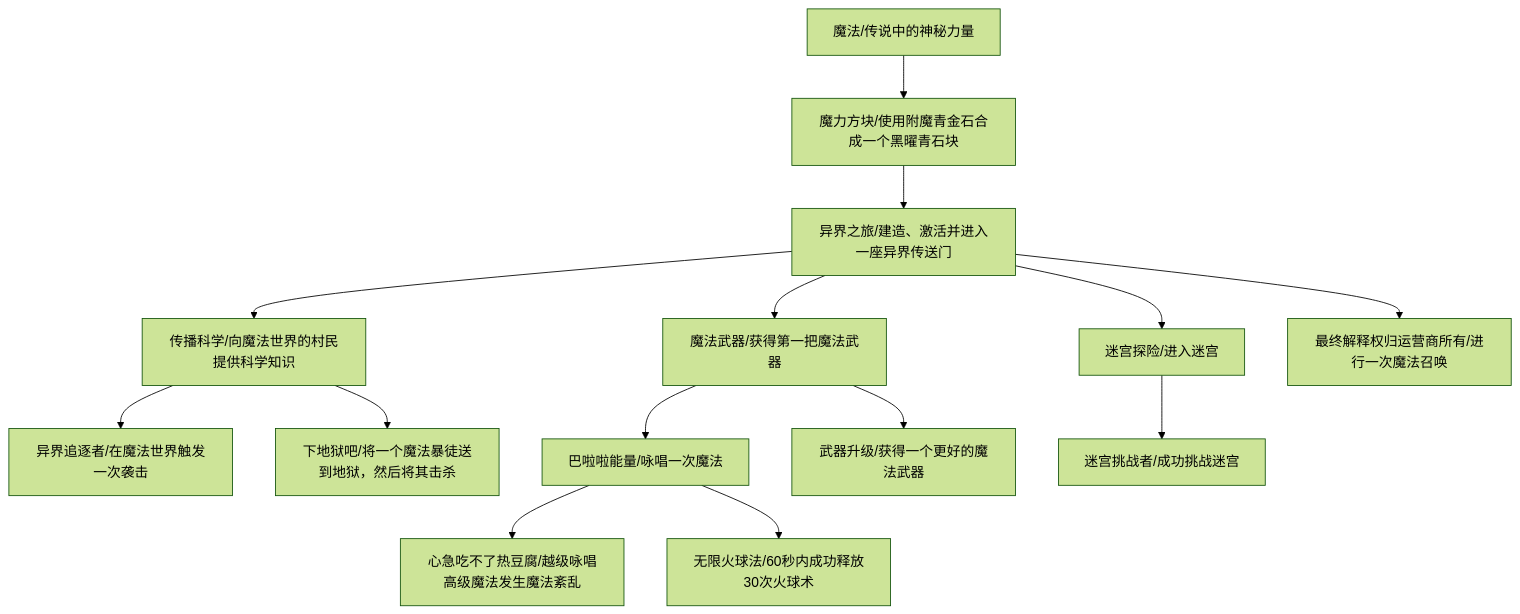
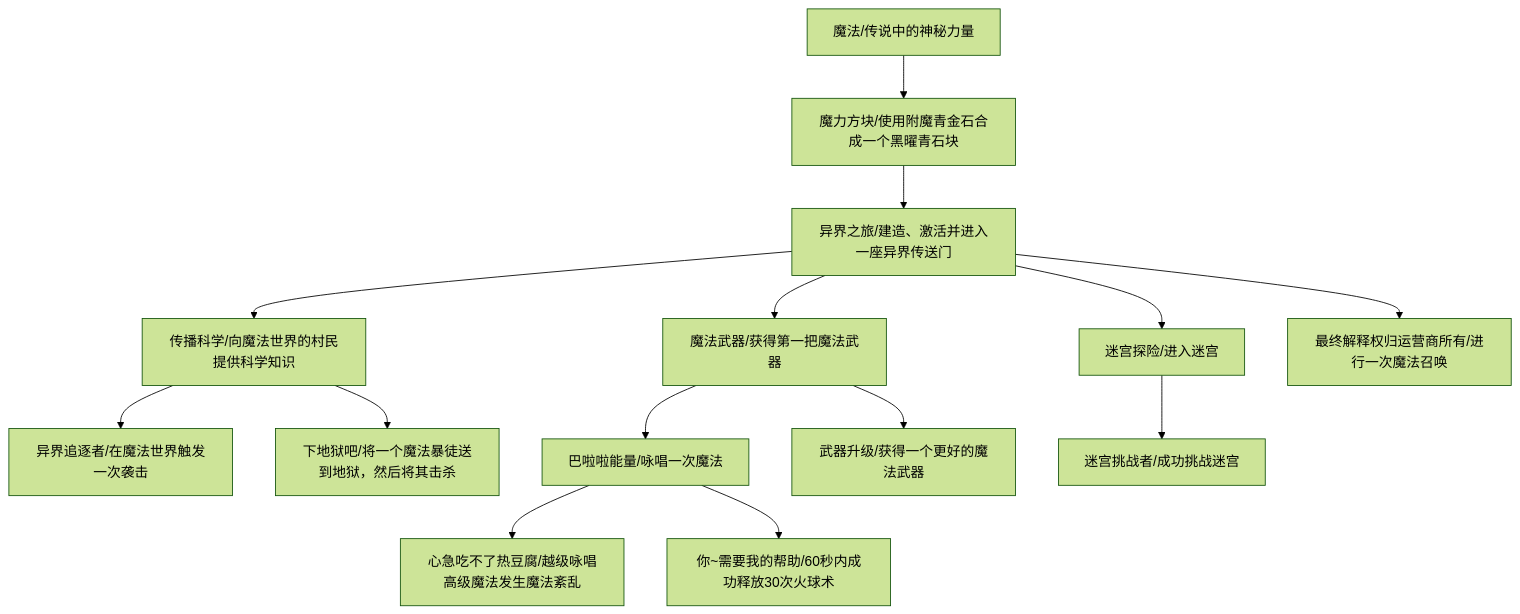
One commit to chushi0/mc-magic-world changed the diagram in notebook/magicworld.md. Above: the diagram before and after it, drawn with Mermaid (forest theme). The commit also changed other lines of this file and 13 other files, not shown here.

````diff
--- a/notebook/magicworld.md
+++ b/notebook/magicworld.md
@@ -101,18 +114,18 @@
 ```mermaid
 graph TD;
 
 root["魔法/传说中的神秘力量"] --> magic_lapis_block["魔力方块/使用附魔青金石合成一个黑曜青石块"]
 magic_lapis_block --> magic_gate["异界之旅/建造、激活并进入一座异界传送门"]
 magic_gate --> weapon["魔法武器/获得第一把魔法武器"]
 magic_gate --> science["传播科学/向魔法世界的村民提供科学知识"]
 science --> alien_chaser["异界追逐者/在魔法世界触发一次袭击"]
 science --> nether["下地狱吧/将一个魔法暴徒送到地狱，然后将其击杀"]
 weapon --> spell["巴啦啦能量/咏唱一次魔法"]
 weapon --> weapon_levelup["武器升级/获得一个更好的魔法武器"]
 spell --> bad_spell["心急吃不了热豆腐/越级咏唱高级魔法发生魔法紊乱"]
-spell --> infinite_fireball["无限火球法/60秒内成功释放30次火球术"]
+spell --> infinite_fireball["你~需要我的帮助/60秒内成功释放30次火球术"]
 magic_gate --> maze_start["迷宫探险/进入迷宫"]
 maze_start --> maze_success["迷宫挑战者/成功挑战迷宫"]
 magic_gate --> gacha["最终解释权归运营商所有/进行一次魔法召唤"]
 
 ```
````
